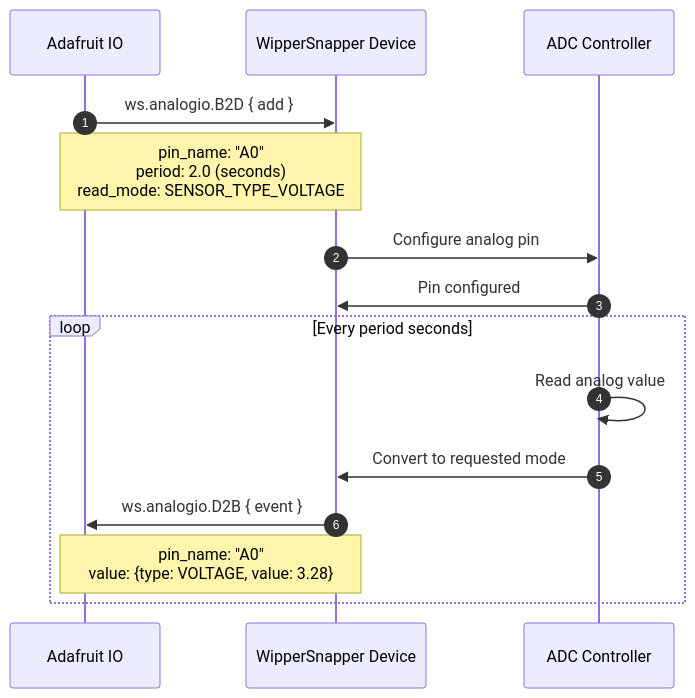
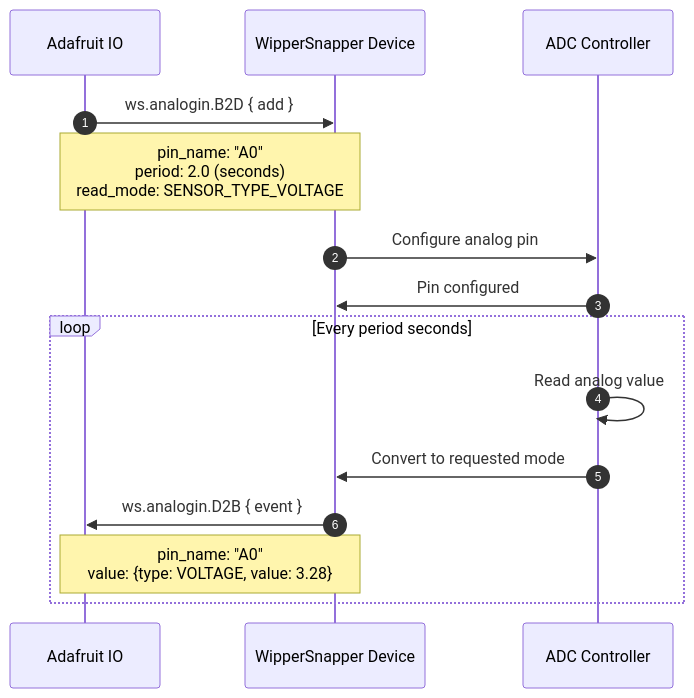
One commit to adafruit/Wippersnapper_Protobuf changed the first of 2 diagrams in proto/wippersnapper/docs/analogio.md. Above: the diagram before and after it, drawn with Mermaid. The commit also changed other lines of this file and 8 other files, not shown here.

````diff
--- a/proto/wippersnapper/docs/analogio.md
+++ b/proto/wippersnapper/docs/analogio.md
@@ -37,20 +37,20 @@
 ```mermaid
 sequenceDiagram
 autonumber
 participant IO as Adafruit IO
 participant Device as WipperSnapper Device
 participant ADC as ADC Controller
 
-IO->>Device: ws.analogio.B2D { add }
+IO->>Device: ws.analogin.B2D { add }
 Note over IO,Device: pin_name: "A0"<br/>period: 2.0 (seconds)<br/>read_mode: SENSOR_TYPE_VOLTAGE
 
 Device->>ADC: Configure analog pin
 ADC->>Device: Pin configured
 
 loop Every period seconds
     ADC->>ADC: Read analog value
     ADC->>Device: Convert to requested mode
-    Device->>IO: ws.analogio.D2B { event }
+    Device->>IO: ws.analogin.D2B { event }
     Note over Device,IO: pin_name: "A0"<br/>value: {type: VOLTAGE, value: 3.28}
 end
 ```
````
